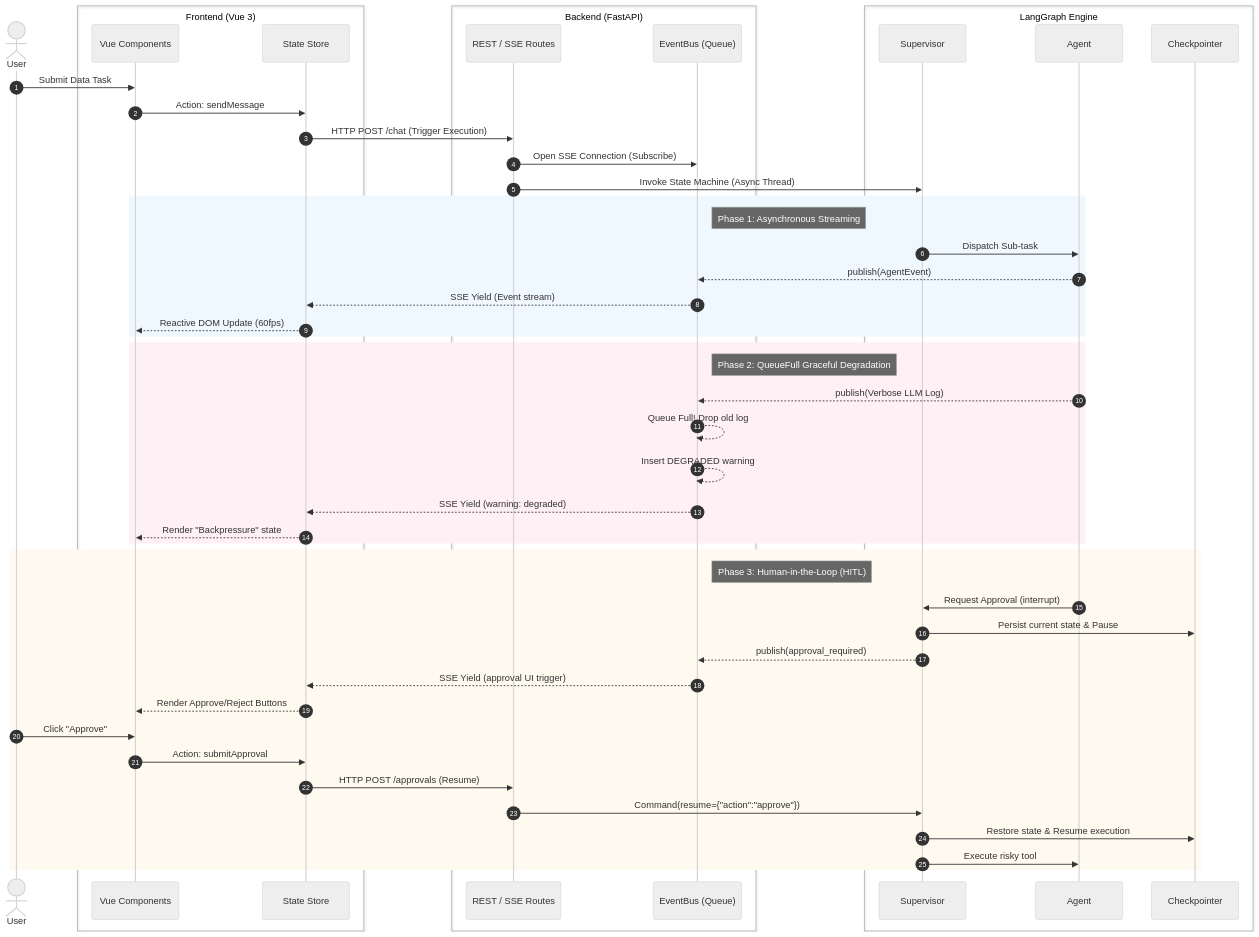
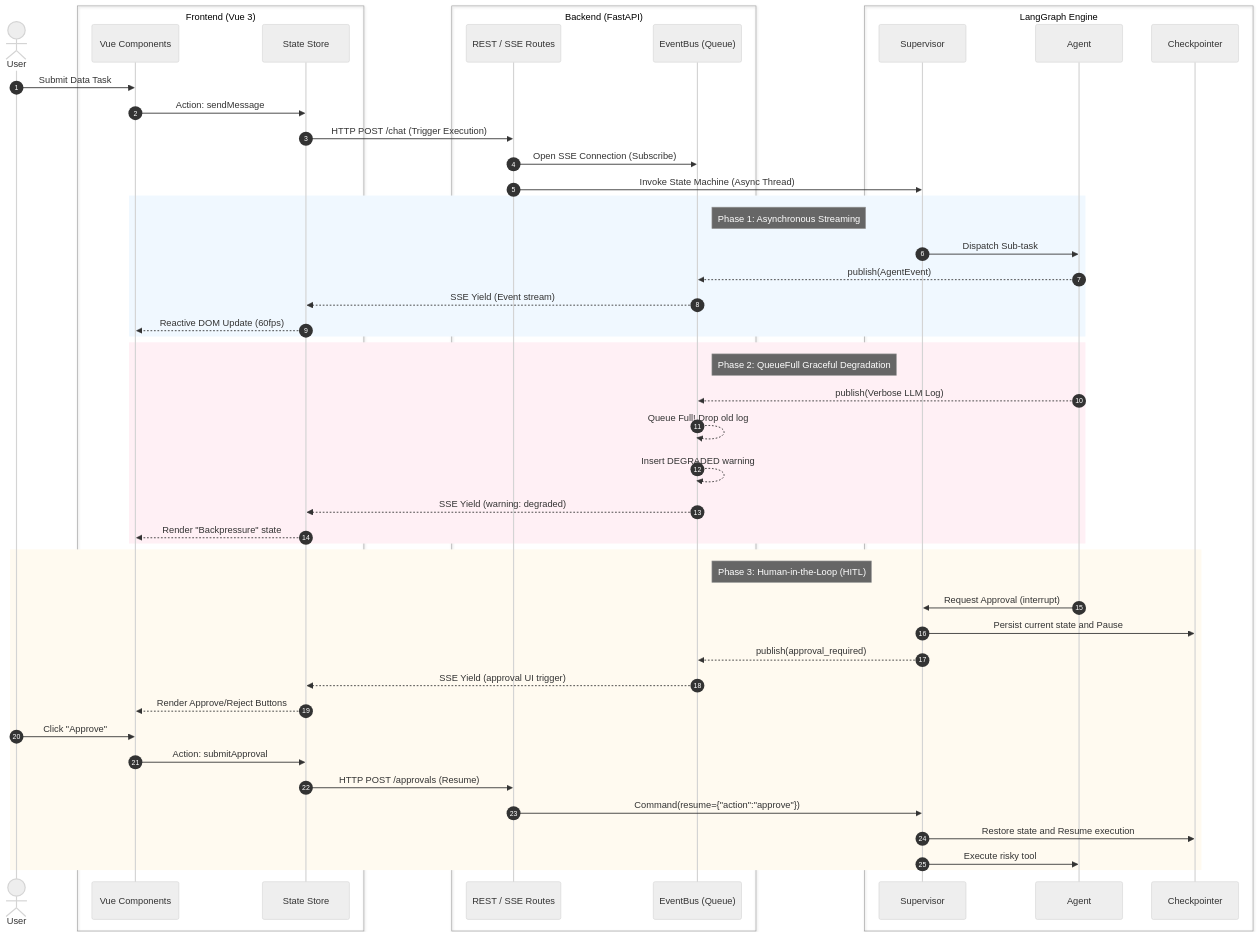
The second of 5 diagrams in README.md (zhuoyu246/Agentic-DataLab), drawn with Mermaid (neutral theme) before and after one commit. The commit also changed other lines of this file, not shown here.

Commit message:
docs: fix all Mermaid diagrams - remove br/ tags and ampersands for GitHub rendering

````diff
--- a/README.md
+++ b/README.md
@@ -72,60 +72,60 @@
 ```mermaid
 sequenceDiagram
     autonumber
     actor User
     
     box Frontend (Vue 3)
     participant UI as Vue Components
     participant Pinia as State Store
     end
     
     box Backend (FastAPI)
     participant API as REST / SSE Routes
     participant EventBus as EventBus (Queue)
     end
     
     box LangGraph Engine
     participant Graph as Supervisor
     participant Worker as Agent
     participant Memory as Checkpointer
     end
 
     User->>UI: Submit Data Task
     UI->>Pinia: Action: sendMessage
     Pinia->>API: HTTP POST /chat (Trigger Execution)
     API->>EventBus: Open SSE Connection (Subscribe)
     API->>Graph: Invoke State Machine (Async Thread)
     
     rect rgb(240, 248, 255)
         note right of EventBus: Phase 1: Asynchronous Streaming
         Graph->>Worker: Dispatch Sub-task
         Worker-->>EventBus: publish(AgentEvent)
         EventBus-->>Pinia: SSE Yield (Event stream)
         Pinia-->>UI: Reactive DOM Update (60fps)
     end
     
     rect rgb(255, 240, 245)
         note right of EventBus: Phase 2: QueueFull Graceful Degradation
         Worker-->>EventBus: publish(Verbose LLM Log)
         EventBus-->>EventBus: Queue Full! Drop old log
         EventBus-->>EventBus: Insert DEGRADED warning
         EventBus-->>Pinia: SSE Yield (warning: degraded)
         Pinia-->>UI: Render "Backpressure" state
     end
     
     rect rgb(255, 250, 240)
         note right of EventBus: Phase 3: Human-in-the-Loop (HITL)
         Worker->>Graph: Request Approval (interrupt)
-        Graph->>Memory: Persist current state & Pause
+        Graph->>Memory: Persist current state and Pause
         Graph-->>EventBus: publish(approval_required)
         EventBus-->>Pinia: SSE Yield (approval UI trigger)
         Pinia-->>UI: Render Approve/Reject Buttons
         
         User->>UI: Click "Approve"
         UI->>Pinia: Action: submitApproval
         Pinia->>API: HTTP POST /approvals (Resume)
         API->>Graph: Command(resume={"action":"approve"})
-        Graph->>Memory: Restore state & Resume execution
+        Graph->>Memory: Restore state and Resume execution
         Graph->>Worker: Execute risky tool
     end
 ```
````
